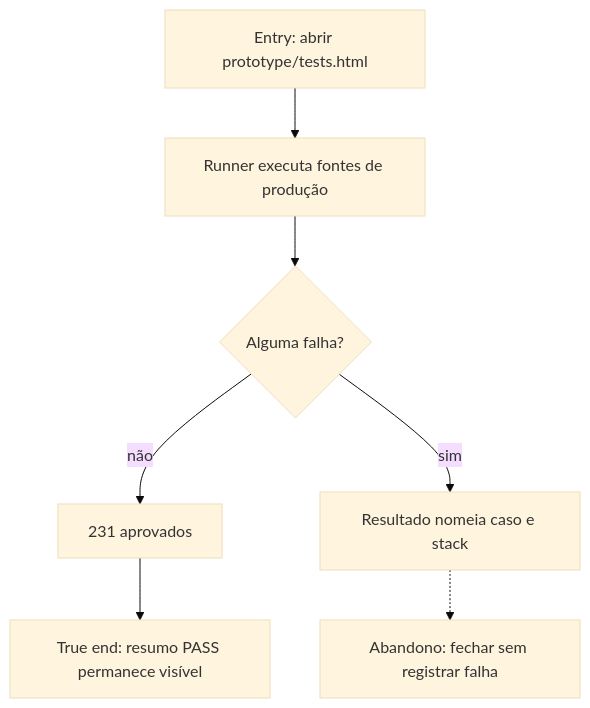
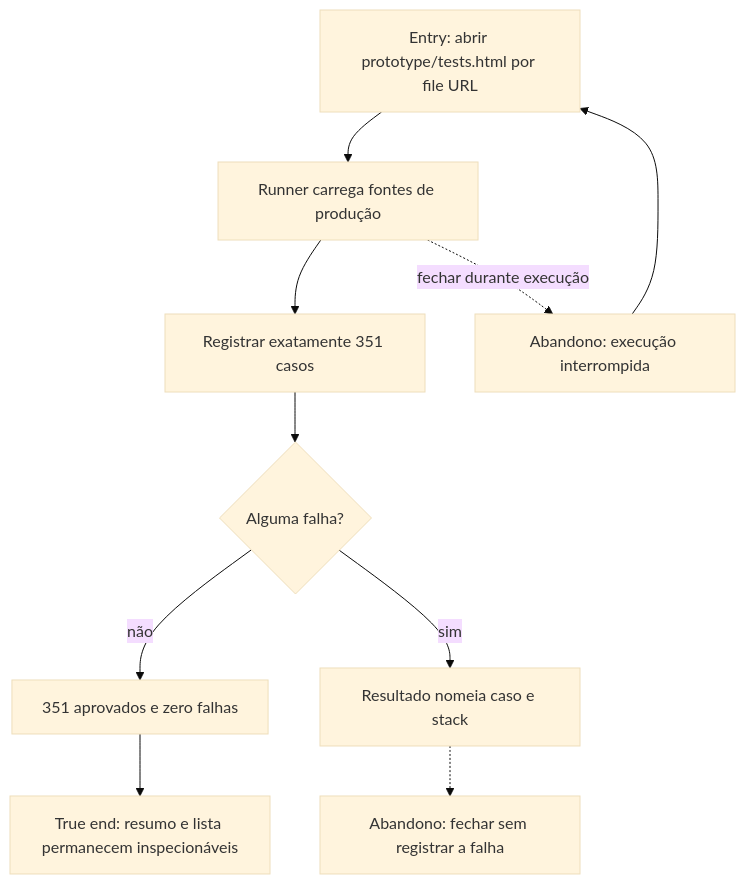
One commit to edneyreis999/gamejam-vn-terror changed the diagram in docs/qa/journeys/J-run-browser-contract.md. Above: the diagram before and after it, drawn with Mermaid (base theme). The commit also changed other lines of this file and 12 other files, not shown here.

````diff
--- a/docs/qa/journeys/J-run-browser-contract.md
+++ b/docs/qa/journeys/J-run-browser-contract.md
@@ -3,9 +3,12 @@
 ```mermaid
 flowchart TD
-  A[Entry: abrir prototype/tests.html] --> B[Runner executa fontes de produção]
-  B --> C{Alguma falha?}
-  C -->|não| D[231 aprovados]
-  C -->|sim| E[Resultado nomeia caso e stack]
-  E -.-> X[Abandono: fechar sem registrar falha]
-  D --> F[True end: resumo PASS permanece visível]
+  A[Entry: abrir prototype/tests.html por file URL] --> B[Runner carrega fontes de produção]
+  B --> C[Registrar exatamente 351 casos]
+  C --> D{Alguma falha?}
+  D -->|não| E[351 aprovados e zero falhas]
+  D -->|sim| F[Resultado nomeia caso e stack]
+  F -.-> X[Abandono: fechar sem registrar a falha]
+  E --> G[True end: resumo e lista permanecem inspecionáveis]
+  B -.->|fechar durante execução| H[Abandono: execução interrompida]
+  H --> A
 ```
````
